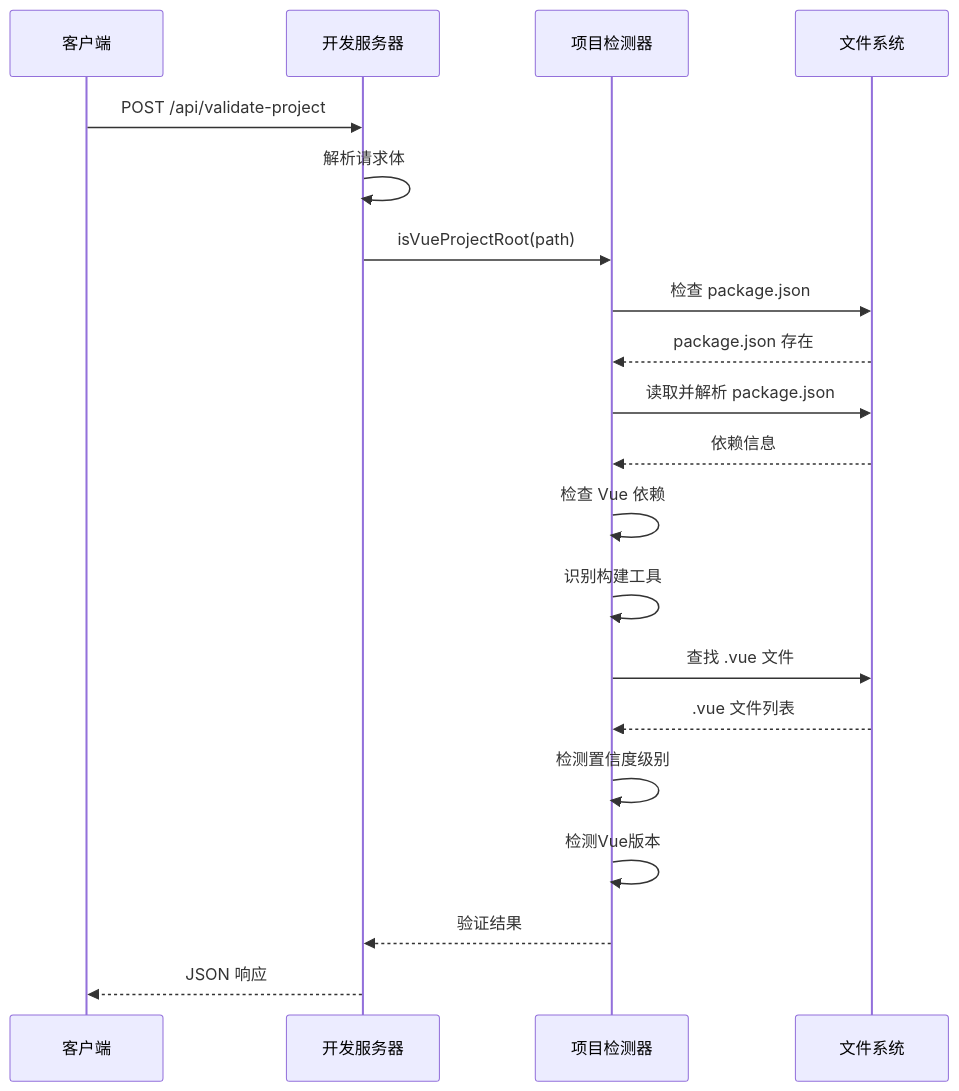
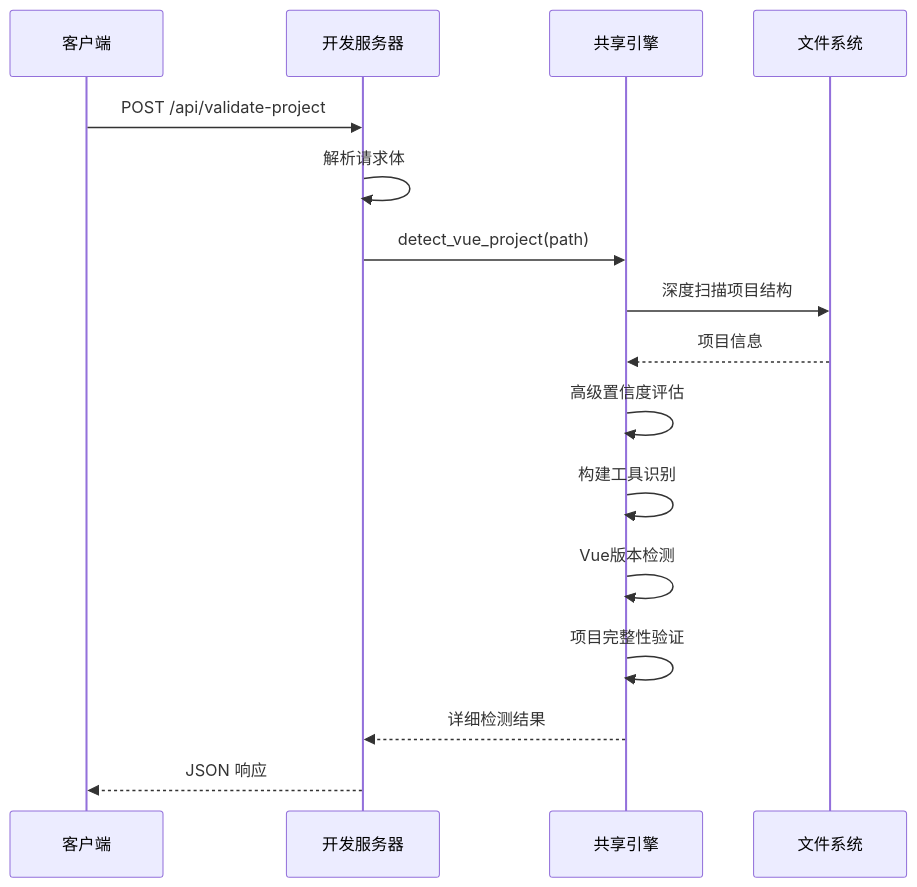
One commit to itszzl-sudo/iris changed the fourth of 10 diagrams in .qoder/repowiki/zh/content/核心功能特性/Vue项目检测功能指南.md. Above: the diagram before and after it, drawn with Mermaid. The commit also changed other lines of this file and 23 other files, not shown here.

````diff
--- a/.qoder/repowiki/zh/content/核心功能特性/Vue项目检测功能指南.md
+++ b/.qoder/repowiki/zh/content/核心功能特性/Vue项目检测功能指南.md
@@ -238,22 +219,18 @@
 ```mermaid
 sequenceDiagram
 participant Client as 客户端
 participant Server as 开发服务器
-participant Validator as 项目检测器
+participant Engine as 共享引擎
 participant FS as 文件系统
 Client->>Server : POST /api/validate-project
 Server->>Server : 解析请求体
-Server->>Validator : isVueProjectRoot(path)
-Validator->>FS : 检查 package.json
-FS-->>Validator : package.json 存在
-Validator->>FS : 读取并解析 package.json
-FS-->>Validator : 依赖信息
-Validator->>Validator : 检查 Vue 依赖
-Validator->>Validator : 识别构建工具
-Validator->>FS : 查找 .vue 文件
-FS-->>Validator : .vue 文件列表
-Validator->>Validator : 检测置信度级别
-Validator->>Validator : 检测Vue版本
-Validator-->>Server : 验证结果
+Server->>Engine : detect_vue_project(path)
+Engine->>FS : 深度扫描项目结构
+FS-->>Engine : 项目信息
+Engine->>Engine : 高级置信度评估
+Engine->>Engine : 构建工具识别
+Engine->>Engine : Vue版本检测
+Engine->>Engine : 项目完整性验证
+Engine-->>Server : 详细检测结果
 Server-->>Client : JSON 响应
 ```
````
